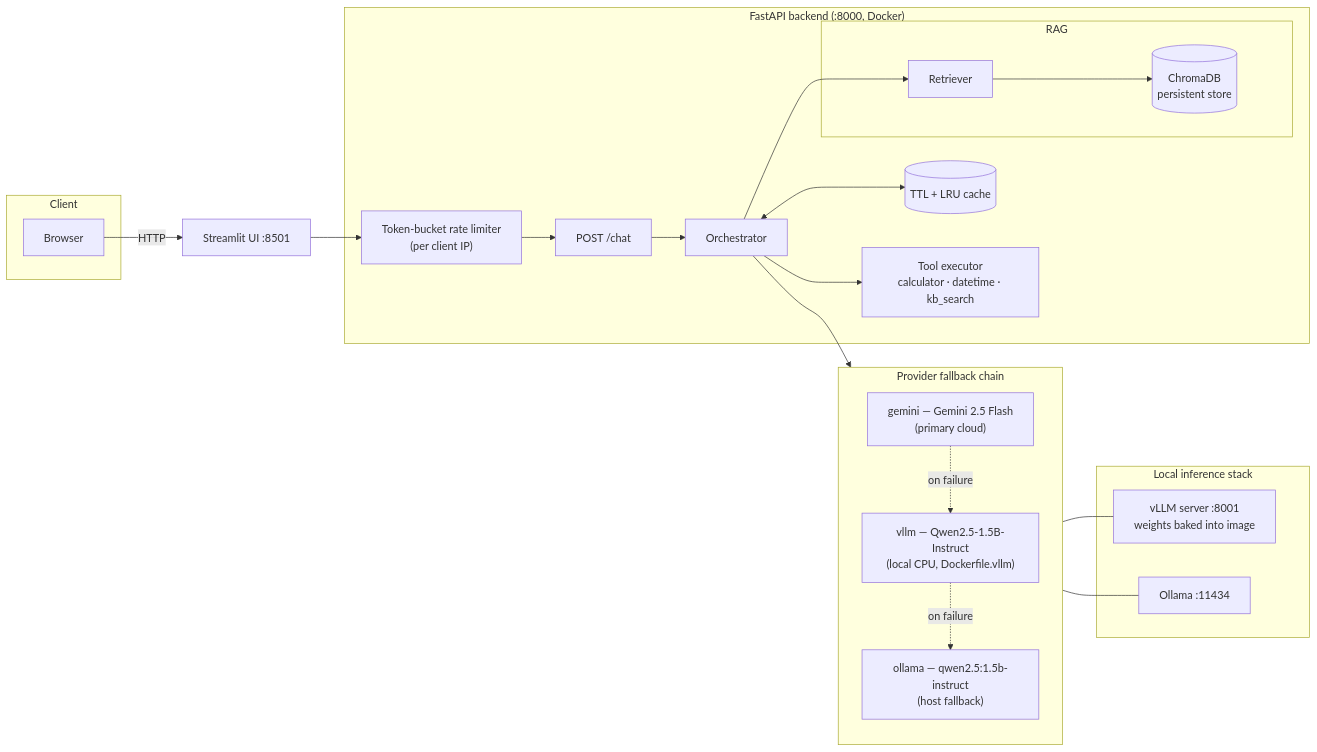
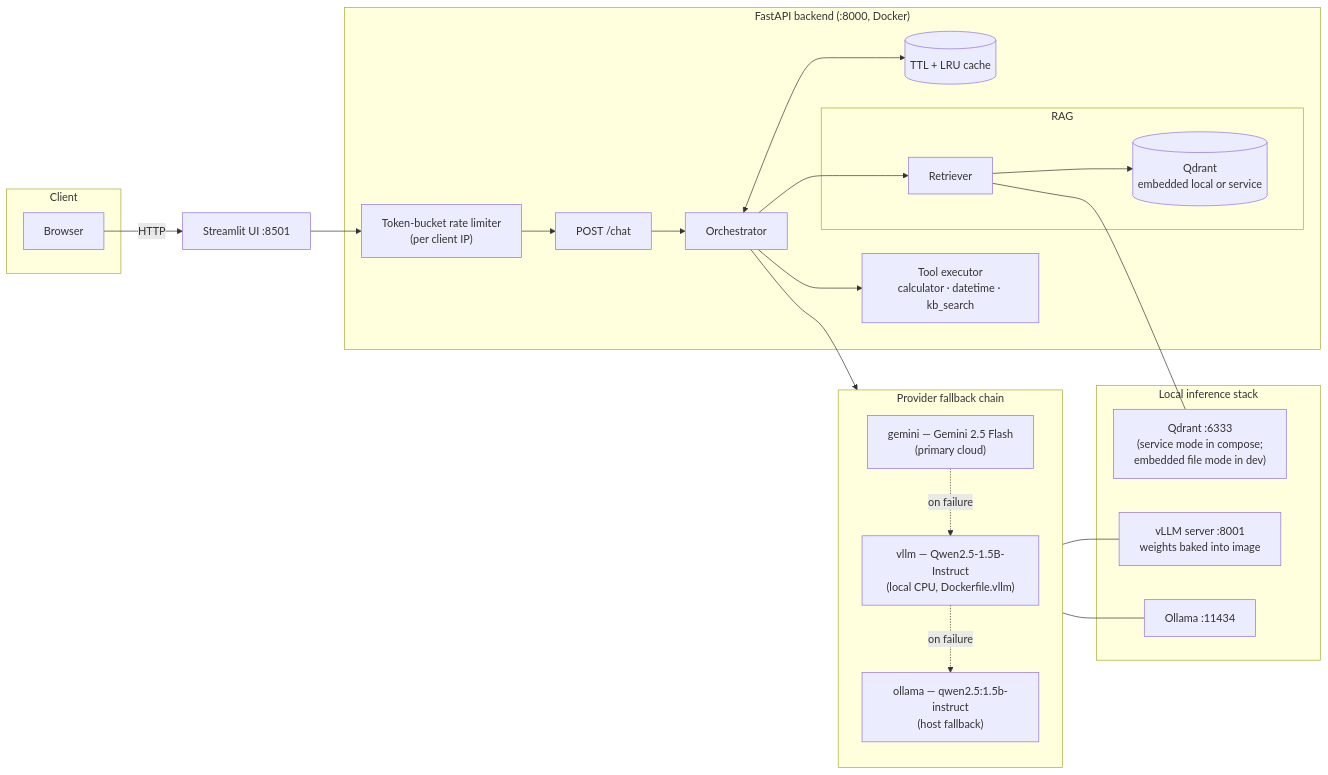
The first of 2 diagrams in docs/architecture.md (AaradhyaDT/fuseAiF_wk15_ai_assistant_rag), drawn with Mermaid before and after one commit. The commit also changed other lines of this file and 15 other files, not shown here.

Commit message:
Swap ChromaDB for Qdrant with explicit sentence-transformers embeddings

````diff
--- a/docs/architecture.md
+++ b/docs/architecture.md
@@ -5,37 +5,39 @@
 ```mermaid
 flowchart LR
     subgraph Client
         B["Browser"]
     end
     subgraph Edge["FastAPI backend (:8000, Docker)"]
         RL["Token-bucket rate limiter<br/>(per client IP)"]
         RT["POST /chat"]
         CACHE[("TTL + LRU cache")]
         ORCH["Orchestrator"]
         subgraph RAG
             RET["Retriever"]
-            VS[("ChromaDB<br/>persistent store")]
+            VS[("Qdrant<br/>embedded local or service")]
         end
         TL["Tool executor<br/>calculator · datetime · kb_search"]
     end
     subgraph Providers["Provider fallback chain"]
         direction TB
         P1["gemini — Gemini 2.5 Flash<br/>(primary cloud)"]
         P2["vllm — Qwen2.5-1.5B-Instruct<br/>(local CPU, Dockerfile.vllm)"]
         P3["ollama — qwen2.5:1.5b-instruct<br/>(host fallback)"]
     end
     subgraph Serving["Local inference stack"]
         VLLM["vLLM server :8001<br/>weights baked into image"]
         OL["Ollama :11434"]
+        QR["Qdrant :6333<br/>(service mode in compose;<br/>embedded file mode in dev)"]
     end
     B -->|HTTP| UI["Streamlit UI :8501"]
     UI --> RL --> RT --> ORCH
     ORCH <--> CACHE
     ORCH --> RET --> VS
     ORCH --> TL
     ORCH --> P1
     P1 -.->|on failure| P2
     P2 -.->|on failure| P3
     P2 --- VLLM
     P3 --- OL
+    RET --- QR
 ```
````
